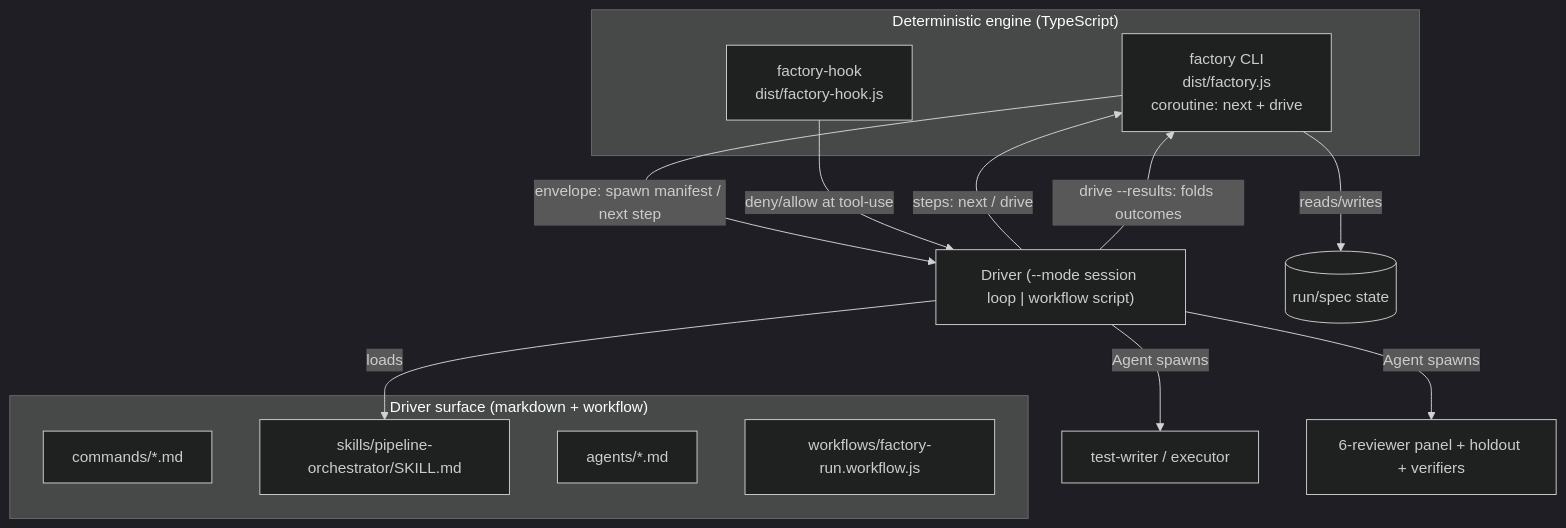
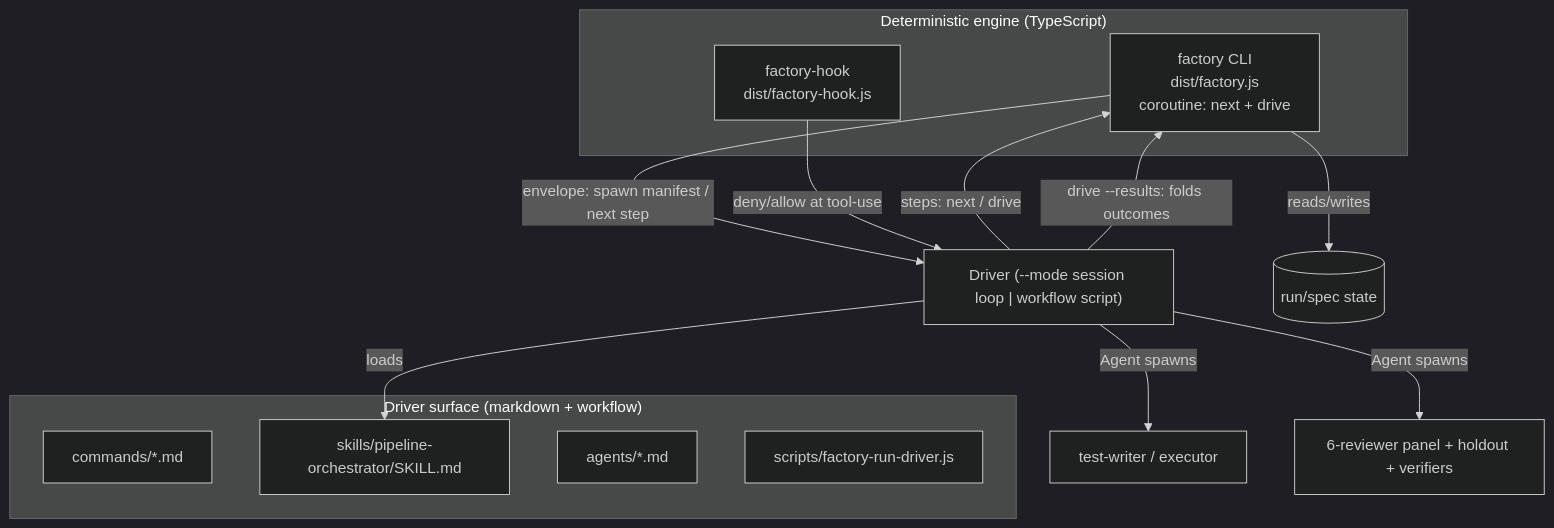
Before and after one commit to jfa94/factory: the second of 3 diagrams in docs/architecture/overview.md, drawn with Mermaid (dark theme). The commit also changed 11 other files, not shown here.

First line of the commit message:
refactor(workflow): relocate+rename run driver to kill duplicate /factory:run suggestion

````diff
--- a/docs/architecture/overview.md
+++ b/docs/architecture/overview.md
@@ -35,23 +35,23 @@
 ```mermaid
 graph TD
   subgraph Surface["Driver surface (markdown + workflow)"]
     Cmd[commands/*.md]
     Skill[skills/pipeline-orchestrator/SKILL.md]
     Agents[agents/*.md]
-    WF[workflows/factory-run.workflow.js]
+    WF[scripts/factory-run-driver.js]
   end
 
   subgraph Engine["Deterministic engine (TypeScript)"]
     CLI[factory CLI<br/>dist/factory.js<br/>coroutine: next + drive]
     Hook[factory-hook<br/>dist/factory-hook.js]
   end
 
   Driver["Driver (--mode session loop | workflow script)"] -->|loads| Skill
   Driver -->|steps: next / drive| CLI
   CLI -->|envelope: spawn manifest / next step| Driver
   Driver -->|Agent spawns| Producers[test-writer / executor]
   Driver -->|Agent spawns| Panel[6-reviewer panel + holdout + verifiers]
   Driver -->|drive --results: folds outcomes| CLI
   CLI -->|reads/writes| State[(run/spec state)]
   Hook -->|deny/allow at tool-use| Driver
 ```
````
